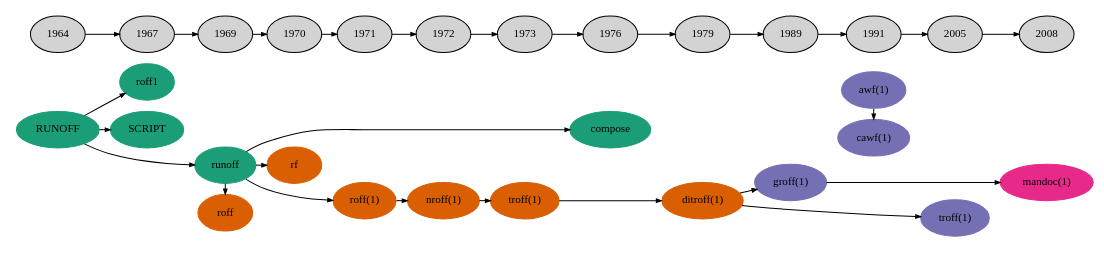
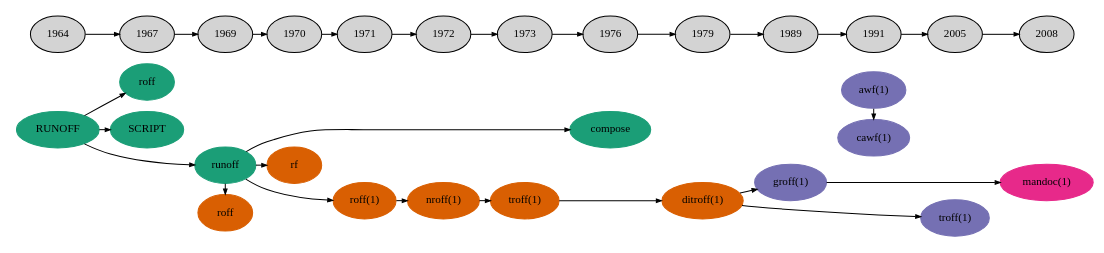
Before and after one commit to kristapsdz/manpages: the diagram in history.dot, drawn with Graphviz. The commit also changed 1 other file, not shown here.

```diff
--- a/history.dot
+++ b/history.dot
@@ -1,72 +1,72 @@
 /*	$Id$ */
 digraph manpages {
 	rankdir=LR;
 	size="9,18";
 	ranksep=0.15;
 	nodesep=0.15;
 
 	node [shape=ellipse,fontsize=11,colorscheme=dark24,style=filled];
 	edge [arrowhead=normal,arrowsize=0.5];
 
 	subgraph { 
 		node [color=1];
 		runoff1 [label="RUNOFF" URL="#x1964_RUNOFF"];
-		runoff2 [label="roff1" URL="#x1967_roff"];
+		runoff2 [label="roff" URL="#x1967_roff"];
 		script [label="SCRIPT" URL="#x1967_SCRIPT"];
 		runoff3 [label="runoff" URL="#x1969"]; 
 		compose [label="compose" URL="#x1976_compose"]; 
 	}
 
 	subgraph {
 		node [color=2];
 		rf [label="rf" URL="#x1970_rf"];
 		roff1 [label="roff(1)" URL="#x1971"];
 		roff2 [label="roff" URL="#x1969"];
 		nroff [label="nroff(1)" URL="#x1972"];
 		troff [label="troff(1)" URL="#x1973"];
 		ditroff [label="ditroff(1)" URL="#x1979"];
 	}
 
 	subgraph {
 		node [color=3];
 		groff [label="groff(1)" URL="#x1989_groff"];
 		awf [label="awf(1)" URL="#x1991_awf"];
 		cawf [label="cawf(1)" URL="#x1991_cawf"];
 		htroff [label="troff(1)" URL="#x2005_troff"];
 	}
 
 	subgraph {
 		node [color=4];
 		mandoc [label="mandoc(1)" URL="#x2008_mandoc"];
 	}
 
 	runoff1 -> { runoff2 runoff3 script };
 	runoff3 -> { roff1 compose rf roff2 };
 	roff1 -> nroff;
 	nroff -> troff;
 	troff -> ditroff;
 	ditroff -> groff;
 	ditroff -> htroff;
 	groff -> mandoc;
 	awf -> cawf;
 
 	subgraph {
 		1964 -> 1967 -> 1969 -> 1970 -> 1971 -> 1972 -> 
 		1973 -> 1976 -> 1979 -> 1989 -> 1991 -> 2005 -> 2008;
 	}
 
 	{ rank = same; 1964 runoff1 };
 	{ rank = same; 1967 script runoff2 };
 	{ rank = same; 1969 runoff3 roff2 };
 	{ rank = same; 1970 rf };
 	{ rank = same; 1971 roff1 };
 	{ rank = same; 1972 nroff };
 	{ rank = same; 1973 troff };
 	{ rank = same; 1976 compose };
 	{ rank = same; 1979 ditroff };
 	{ rank = same; 1989 groff };
 	{ rank = same; 1991 awf cawf };
 	{ rank = same; 2005 htroff };
 	{ rank = same; 2008 mandoc };
 
 }
```
